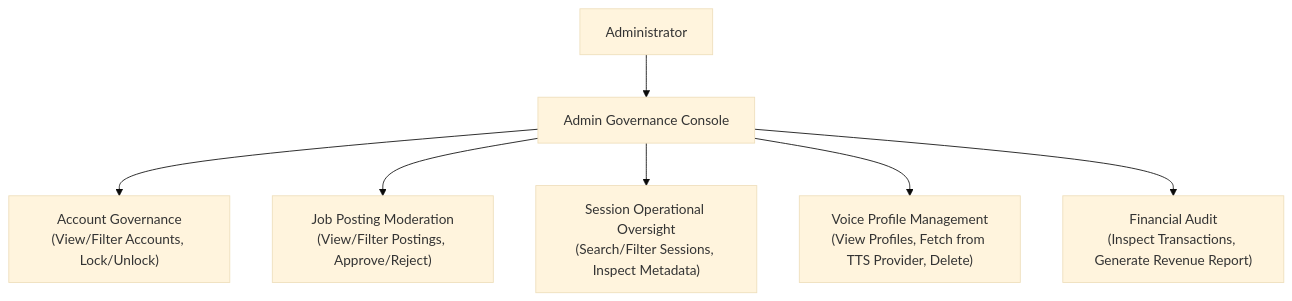
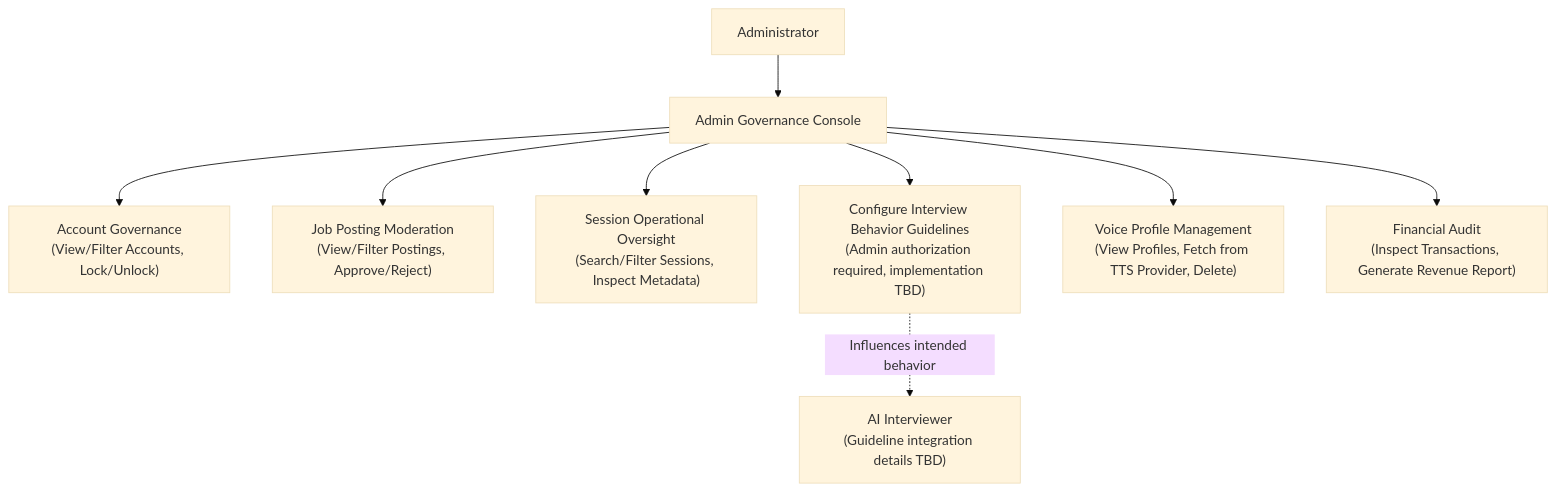
One commit to cog-forge/role-cue-brain changed the diagram in 01_Domains/Administration/README.md. Above: the diagram before and after it, drawn with Mermaid (base theme). The commit also changed other lines of this file and 8 other files, not shown here.

First line of the commit message:
docs(brain): reconcile admin guidelines and planned auth service

````diff
--- a/01_Domains/Administration/README.md
+++ b/01_Domains/Administration/README.md
@@ -57,10 +61,12 @@
 ```mermaid
 flowchart TD
     ADMIN["Administrator"] --> CONSOLE["Admin Governance Console"]
 
     CONSOLE --> ACC["Account Governance<br/>(View/Filter Accounts, Lock/Unlock)"]
     CONSOLE --> JP["Job Posting Moderation<br/>(View/Filter Postings, Approve/Reject)"]
     CONSOLE --> SESS["Session Operational Oversight<br/>(Search/Filter Sessions, Inspect Metadata)"]
+    CONSOLE --> GUIDE["Configure Interview Behavior Guidelines<br/>(Admin authorization required, implementation TBD)"]
+    GUIDE -.->|"Influences intended behavior"| INTERVIEW["AI Interviewer<br/>(Guideline integration details TBD)"]
     CONSOLE --> VOICE["Voice Profile Management<br/>(View Profiles, Fetch from TTS Provider, Delete)"]
     CONSOLE --> FIN["Financial Audit<br/>(Inspect Transactions, Generate Revenue Report)"]
 ```
````
